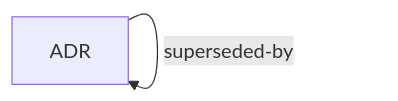
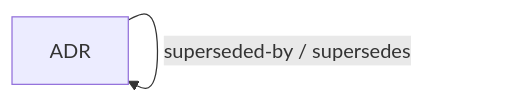
One commit to paul80nd/knowledge-as-code changed the diagram in tooling/tests/fixtures/generate/corpus/knowledge-as-code/taxonomy.md. Above: the diagram before and after it, drawn with Mermaid. The commit also changed other lines of this file and 21 other files, not shown here.

First line of the commit message:
Print the type relations once, as a labelled graph (#907, #908) (#1061)

````diff
--- a/tooling/tests/fixtures/generate/corpus/knowledge-as-code/taxonomy.md
+++ b/tooling/tests/fixtures/generate/corpus/knowledge-as-code/taxonomy.md
@@ -39,6 +39,6 @@
 ```mermaid
 graph LR;
   t_adrs[ADR];
   t_adrs -- related --> t_adrs;
-  t_adrs -- superseded-by --> t_adrs;
+  t_adrs -- superseded-by / supersedes --> t_adrs;
 ```
````
